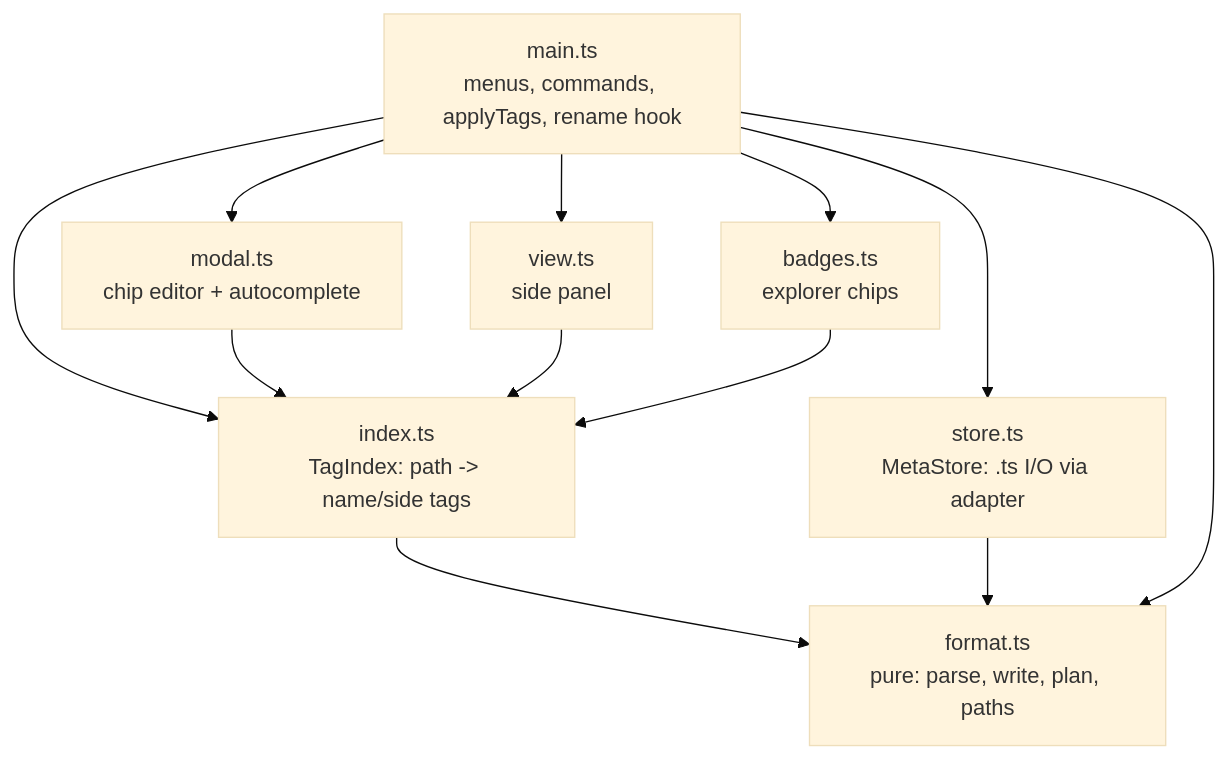
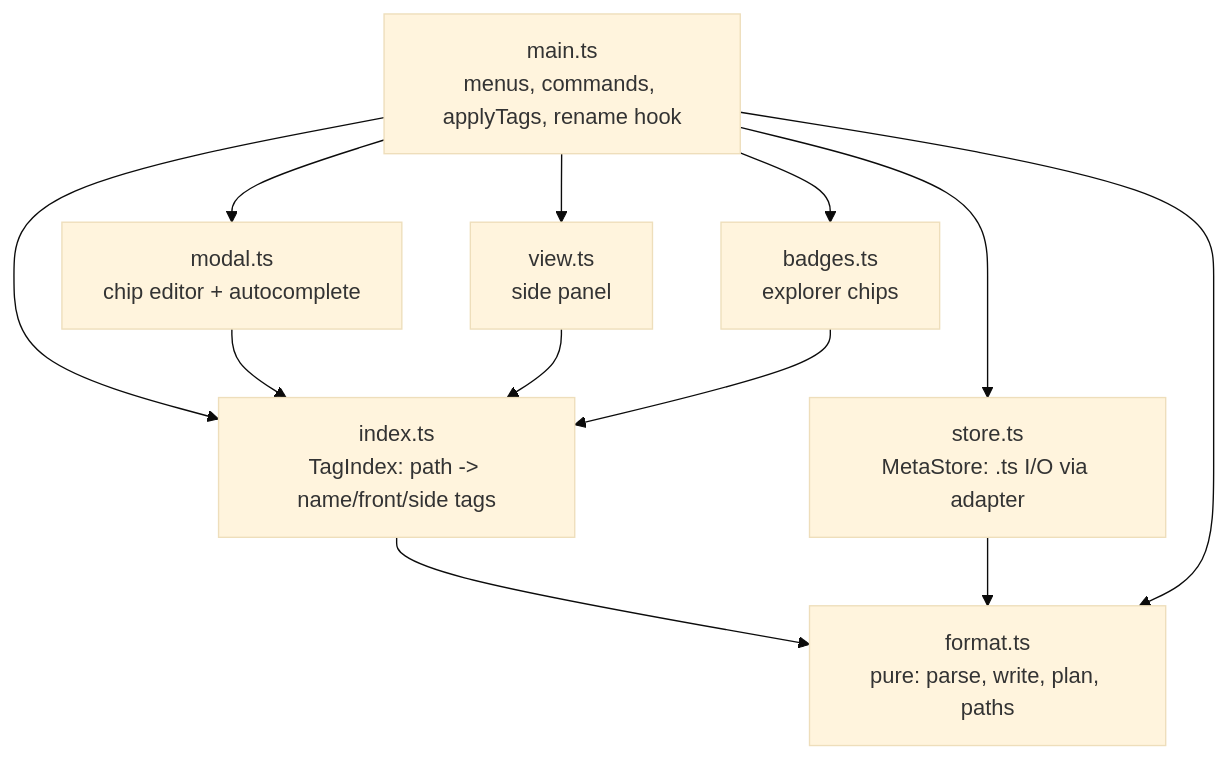
Before and after one commit to AlbanMontaigu/obsidian: the diagram in plugins/tag-everything/CLAUDE.md, drawn with Mermaid (base theme). The commit also changed other lines of this file and 18 other files, not shown here.

First line of the commit message:
tag-everything 0.3.0: note tags in frontmatter, merged with name tags

````diff
--- a/plugins/tag-everything/CLAUDE.md
+++ b/plugins/tag-everything/CLAUDE.md
@@ -12,13 +15,13 @@
 ```mermaid
 flowchart TB
   main[main.ts<br/>menus, commands, applyTags, rename hook]
   modal[modal.ts<br/>chip editor + autocomplete]
   view[view.ts<br/>side panel]
   badges[badges.ts<br/>explorer chips]
-  index[index.ts<br/>TagIndex: path -> name/side tags]
+  index[index.ts<br/>TagIndex: path -> name/front/side tags]
   store[store.ts<br/>MetaStore: .ts I/O via adapter]
   format[format.ts<br/>pure: parse, write, plan, paths]
   main --> modal & view & badges & index & store
   modal & view & badges --> index
   index & store & main --> format
 ```
````
